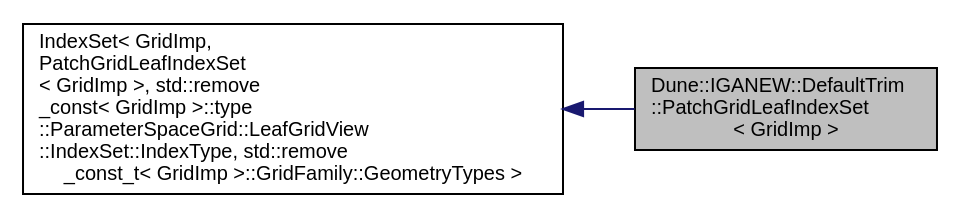
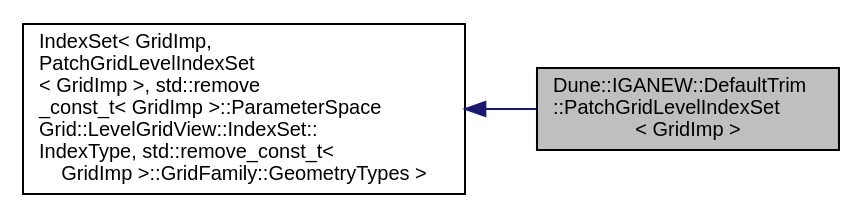
One commit to rath3t/dune-iga-doc changed the diagram in db/dce/a01529.dot. Above: the diagram before and after it, drawn with Graphviz. The commit also changed 754 other files, not shown here.

```diff
--- a/db/dce/a01529.dot
+++ b/db/dce/a01529.dot
@@ -1,10 +1,10 @@
-digraph "Dune::IGANEW::DefaultTrim::PatchGridLeafIndexSet&lt; GridImp &gt;"
+digraph "Dune::IGANEW::DefaultTrim::PatchGridLevelIndexSet&lt; GridImp &gt;"
 {
  // LATEX_PDF_SIZE
   edge [fontname="Helvetica",fontsize="10",labelfontname="Helvetica",labelfontsize="10"];
   node [fontname="Helvetica",fontsize="10",shape=record];
   rankdir="LR";
-  Node1 [label="Dune::IGANEW::DefaultTrim\l::PatchGridLeafIndexSet\l\< GridImp \>",height=0.2,width=0.4,color="black", fillcolor="grey75", style="filled", fontcolor="black",tooltip=" "];
+  Node1 [label="Dune::IGANEW::DefaultTrim\l::PatchGridLevelIndexSet\l\< GridImp \>",height=0.2,width=0.4,color="black", fillcolor="grey75", style="filled", fontcolor="black",tooltip=" "];
   Node2 -> Node1 [dir="back",color="midnightblue",fontsize="10",style="solid",fontname="Helvetica"];
-  Node2 [label="IndexSet\< GridImp,\l PatchGridLeafIndexSet\l\< GridImp \>, std::remove\l_const\< GridImp \>::type\l::ParameterSpaceGrid::LeafGridView\l::IndexSet::IndexType, std::remove\l_const_t\< GridImp \>::GridFamily::GeometryTypes \>",height=0.2,width=0.4,color="black", fillcolor="white", style="filled",tooltip=" "];
+  Node2 [label="IndexSet\< GridImp,\l PatchGridLevelIndexSet\l\< GridImp \>, std::remove\l_const_t\< GridImp \>::ParameterSpace\lGrid::LevelGridView::IndexSet::\lIndexType, std::remove_const_t\<\l GridImp \>::GridFamily::GeometryTypes \>",height=0.2,width=0.4,color="black", fillcolor="white", style="filled",tooltip=" "];
 }
```
